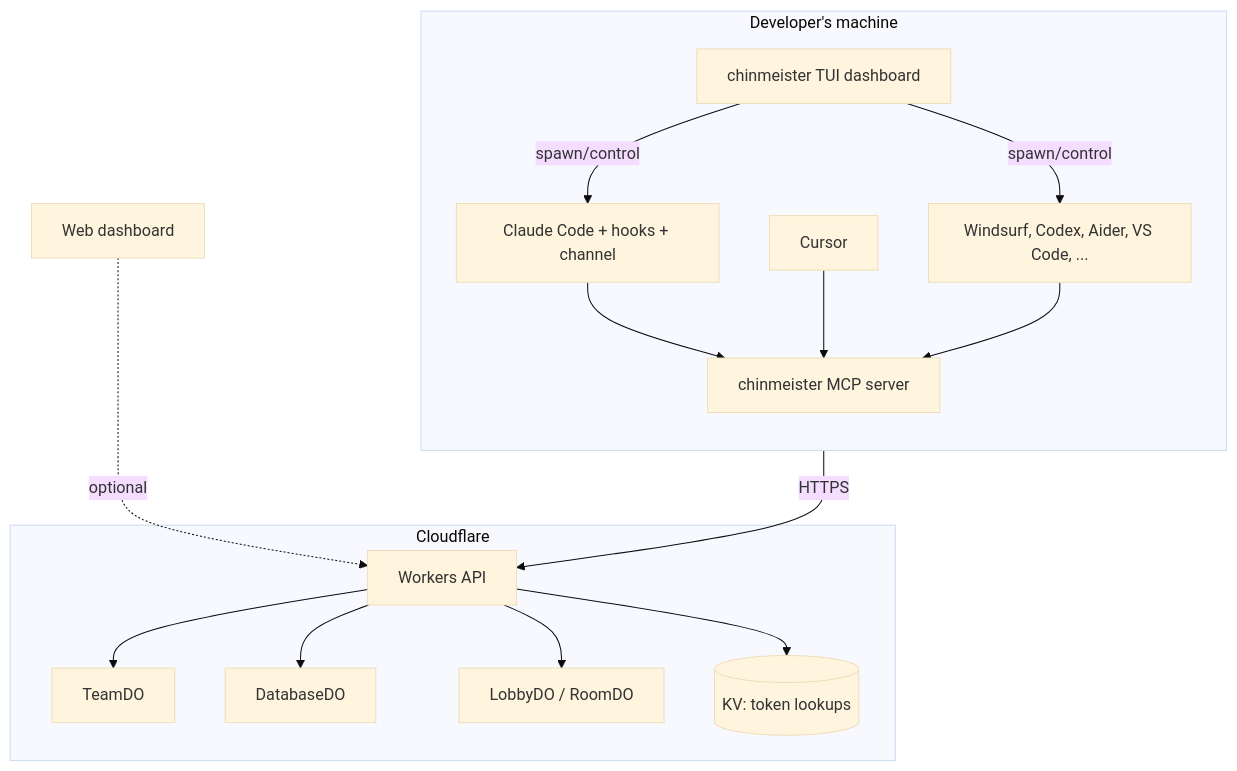
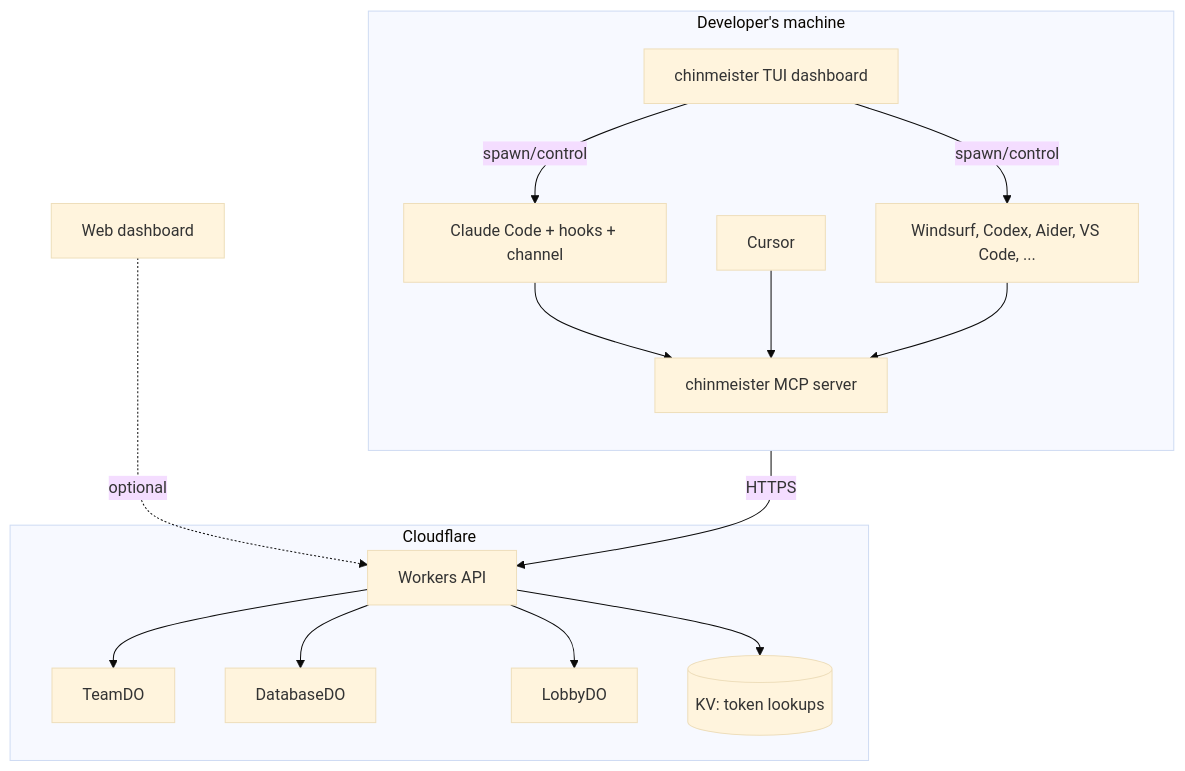
One commit to glendonC/chinwag changed the diagram in docs/ARCHITECTURE.md. Above: the diagram before and after it, drawn with Mermaid (base theme). The commit also changed other lines of this file and 32 other files, not shown here.

````diff
--- a/docs/ARCHITECTURE.md
+++ b/docs/ARCHITECTURE.md
@@ -17,32 +17,32 @@
 ```mermaid
 flowchart TB
   subgraph machine["Developer's machine"]
     direction TB
     TUI[chinmeister TUI dashboard]
     T1[Claude Code + hooks + channel]
     T2[Cursor]
     T3[Windsurf, Codex, Aider, VS Code, ...]
     MCP[chinmeister MCP server]
     TUI -->|spawn/control| T1
     TUI -->|spawn/control| T3
     T1 --> MCP
     T2 --> MCP
     T3 --> MCP
   end
 
   subgraph cloud["Cloudflare"]
     W[Workers API]
     TE[TeamDO]
     DB[DatabaseDO]
-    LO[LobbyDO / RoomDO]
+    LO[LobbyDO]
     KV[(KV: token lookups)]
     MCP -->|HTTPS| W
     W --> TE
     W --> DB
     W --> LO
     W --> KV
   end
 
   H[Web dashboard]
   H -.->|optional| W
 ```
````
